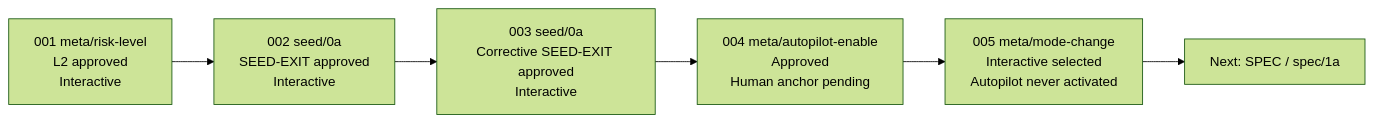
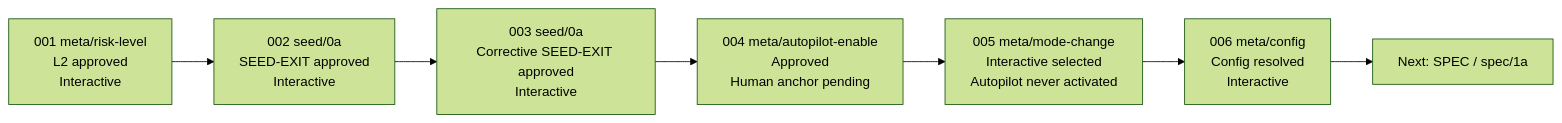
The diagram in twtty/replay-execution/execution-diagram.md (dvazqueb11/demo-agentic-workflow-sample), drawn with Mermaid (forest theme) before and after one commit. The commit also changed 5 other files, not shown here.

````diff
--- a/twtty/replay-execution/execution-diagram.md
+++ b/twtty/replay-execution/execution-diagram.md
@@ -5,11 +5,12 @@
 ```mermaid
 flowchart LR
     R["001 meta/risk-level<br/>L2 approved<br/>Interactive"]
     S["002 seed/0a<br/>SEED-EXIT approved<br/>Interactive"]
     C["003 seed/0a<br/>Corrective SEED-EXIT approved<br/>Interactive"]
     A["004 meta/autopilot-enable<br/>Approved<br/>Human anchor pending"]
     I["005 meta/mode-change<br/>Interactive selected<br/>Autopilot never activated"]
+    G["006 meta/config<br/>Config resolved<br/>Interactive"]
     N["Next: SPEC / spec/1a"]
 
-    R --> S --> C --> A --> I --> N
+    R --> S --> C --> A --> I --> G --> N
 ```
````
